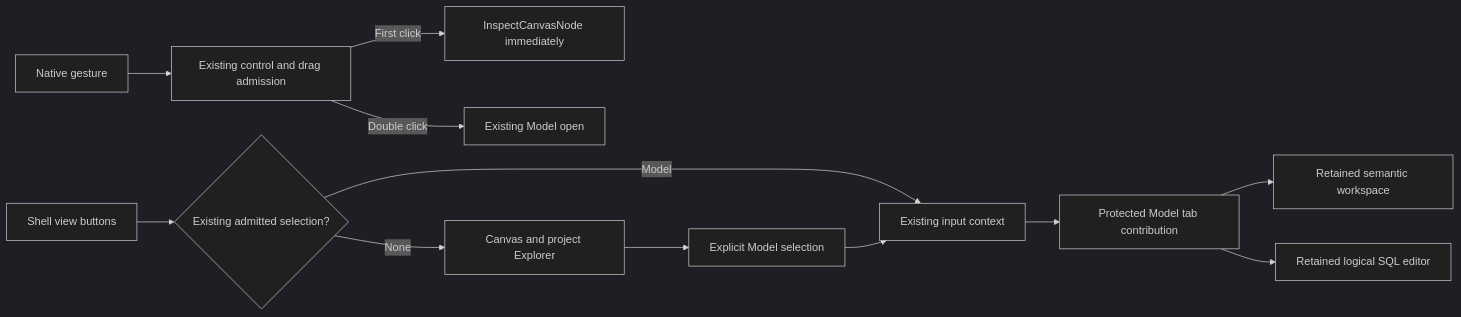
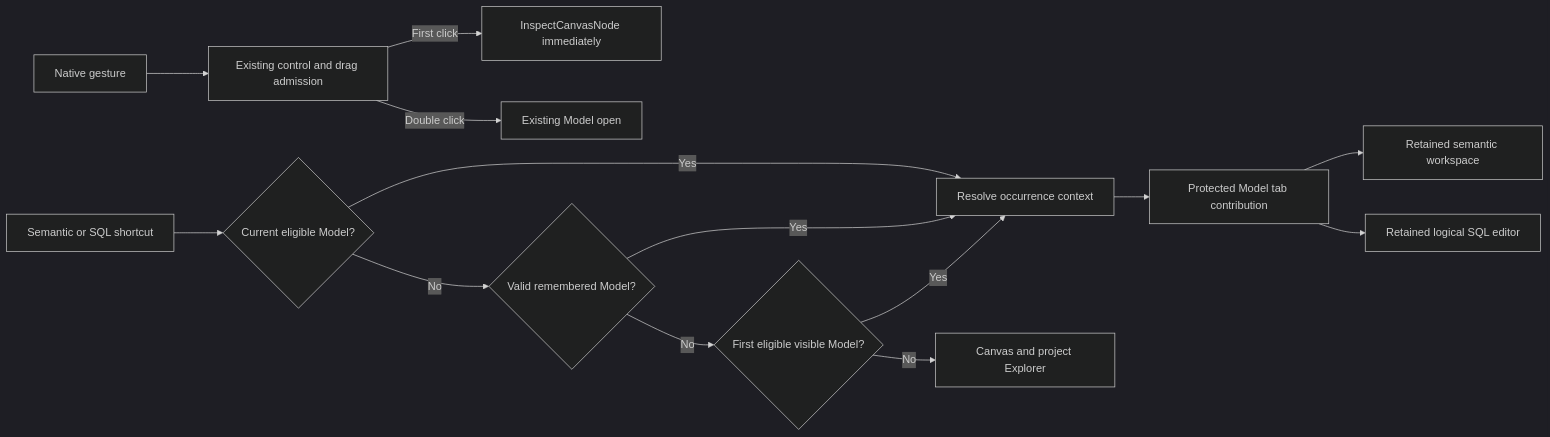
Before and after one commit to dunay2/dvt: the diagram in docs/architecture/components/web/appshell/model-view-navigation.md, drawn with Mermaid (dark theme). The commit also changed other lines of this file and 17 other files, not shown here.

Commit message:
fix(web): Open the selected or first model from the view shortcuts (#3970)

````diff
--- a/docs/architecture/components/web/appshell/model-view-navigation.md
+++ b/docs/architecture/components/web/appshell/model-view-navigation.md
@@ -38,14 +38,16 @@
 ```mermaid
 flowchart LR
   Gesture[Native gesture] --> Admission[Existing control and drag admission]
   Admission -->|First click| Inspect[InspectCanvasNode immediately]
   Admission -->|Double click| Open[Existing Model open]
-  Rail[Shell view buttons] --> Selected{Existing admitted selection?}
-  Selected -->|Model| Context[Existing input context]
-  Selected -->|None| Browse[Canvas and project Explorer]
-  Browse --> Pick[Explicit Model selection]
-  Pick --> Context[Existing input context]
+  Rail[Semantic or SQL shortcut] --> Selected{Current eligible Model?}
+  Selected -->|Yes| Context[Resolve occurrence context]
+  Selected -->|No| Saved{Valid remembered Model?}
+  Saved -->|Yes| Context
+  Saved -->|No| First{First eligible visible Model?}
+  First -->|Yes| Context
+  First -->|No| Browse[Canvas and project Explorer]
   Context --> Tab[Protected Model tab contribution]
   Tab --> Semantic[Retained semantic workspace]
   Tab --> SQL[Retained logical SQL editor]
 ```
````
